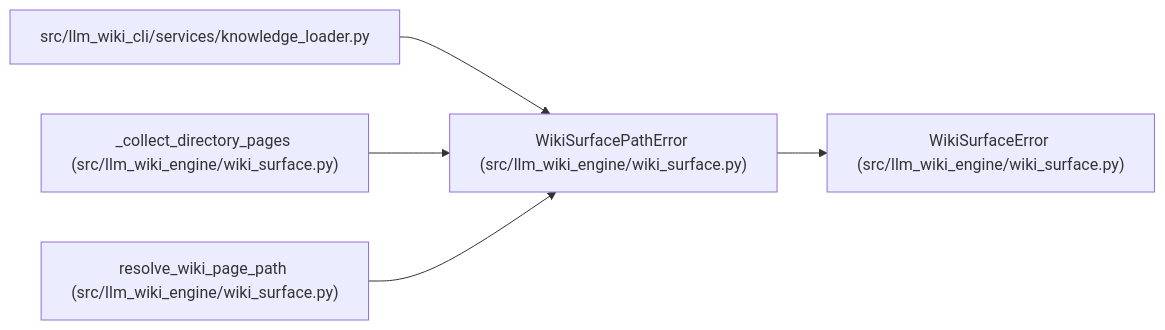
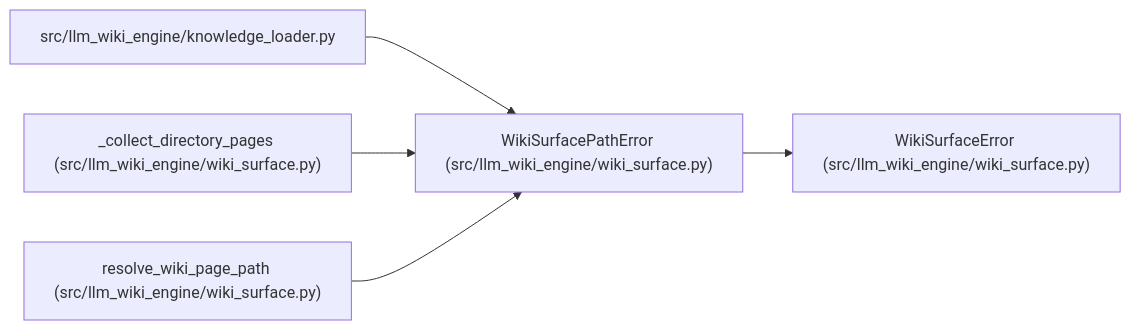
The diagram in docs/llm_wiki/entities/WikiSurfacePathError.md (Denissvgn/python-wiki-llm), drawn with Mermaid before and after one commit. The commit also changed 1058 other files, not shown here.

First line of the commit message:
docs: refresh the wiki for the knowledge store move

````diff
--- a/docs/llm_wiki/entities/WikiSurfacePathError.md
+++ b/docs/llm_wiki/entities/WikiSurfacePathError.md
@@ -25,17 +25,17 @@
 ```mermaid
 flowchart LR
     n0["WikiSurfacePathError (src/llm_wiki_engine/wiki_surface.py)"]
     n1["WikiSurfaceError (src/llm_wiki_engine/wiki_surface.py)"]
-    n2["src/llm_wiki_cli/services/knowledge_loader.py"]
+    n2["src/llm_wiki_engine/knowledge_loader.py"]
     n3["_collect_directory_pages (src/llm_wiki_engine/wiki_surface.py)"]
     n4["resolve_wiki_page_path (src/llm_wiki_engine/wiki_surface.py)"]
     n0 --> n1
     n2 --> n0
     n3 --> n0
     n4 --> n0
     click n0 "../modules/wiki_surface.md"
     click n1 "../modules/wiki_surface.md"
     click n2 "../modules/knowledge_loader.md"
     click n3 "../modules/wiki_surface.md"
     click n4 "../modules/wiki_surface.md"
 ```
````
